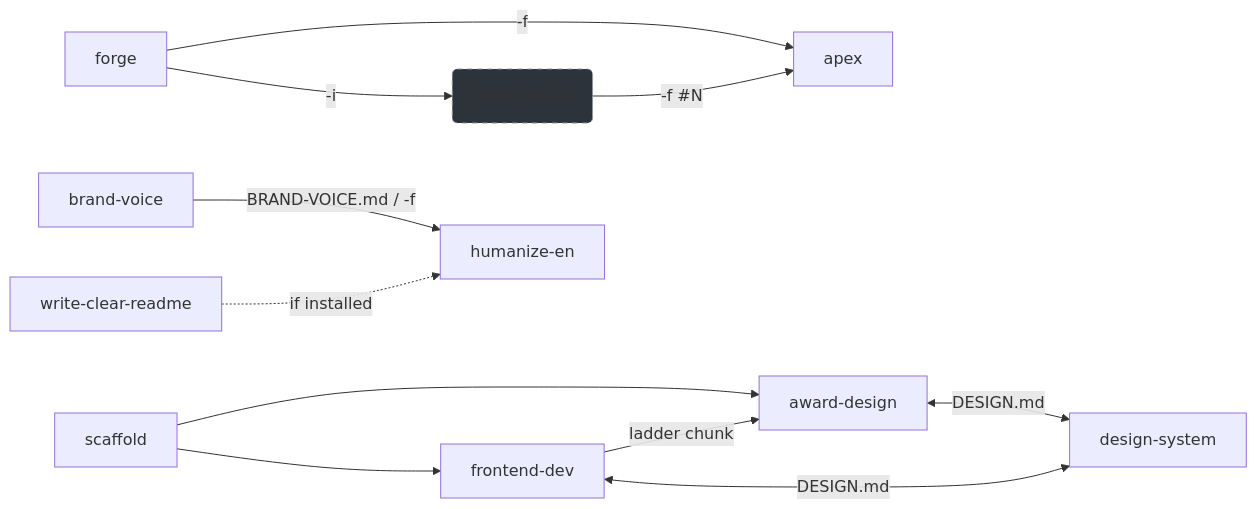
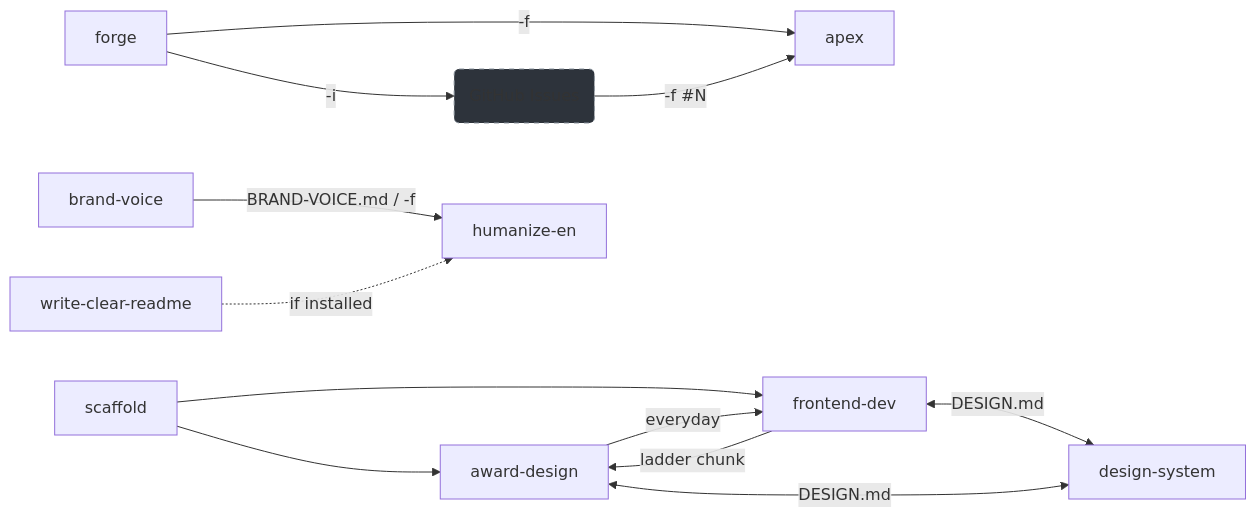
Before and after one commit to coroboros/agent-skills: the diagram in README.md, drawn with Mermaid. The commit also changed other lines of this file and 3 other files, not shown here.

First line of the commit message:
fix(frontend-dev): align the README and evals with the skill text

````diff
--- a/README.md
+++ b/README.md
@@ -1275,17 +1275,18 @@
 ```mermaid
 graph LR
   forge -->|"-f"| apex
   forge -->|"-i"| issues(GitHub Issues)
   issues -->|"-f #N"| apex
 
   scaffold --> award-design
   scaffold --> frontend-dev
   frontend-dev -->|ladder chunk| award-design
+  award-design -->|everyday| frontend-dev
   frontend-dev <-->|DESIGN.md| design-system
   award-design <-->|DESIGN.md| design-system
 
   brand-voice -->|"BRAND-VOICE.md / -f"| humanize-en
   write-clear-readme -.->|if installed| humanize-en
 
   style issues fill:#2d333b,stroke:#8b949e,stroke-dasharray: 5 5
 ```
````
